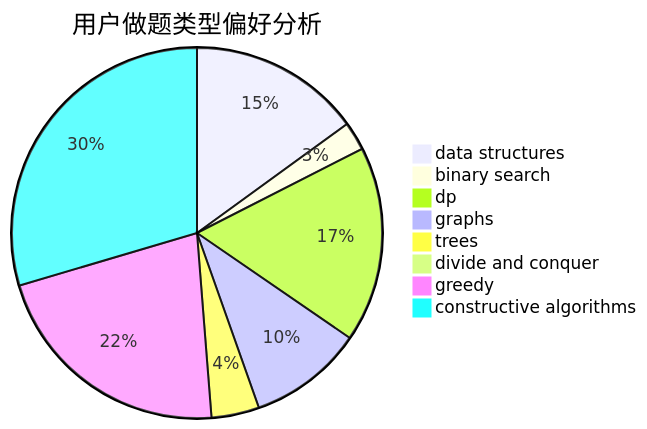
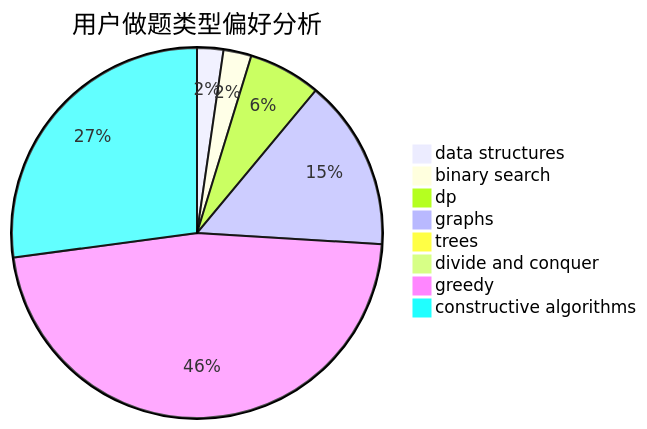
Before and after one commit to sherpahu/cfrs.github.io: the second of 3 diagrams in docs/user/u1356.md, drawn with Mermaid. The commit also changed other lines of this file and 2770 other files, not shown here.

````diff
--- a/docs/user/u1356.md
+++ b/docs/user/u1356.md
@@ -23,11 +23,11 @@
 ```mermaid
 pie title 用户做题类型偏好分析
-    "data structures" :  36
-    "binary search" :  6
-    "dp" :  41
-    "graphs" :  24
-    "trees" :  10
-    "divide and conquer" :  0
-    "greedy" :  52
-    "constructive algorithms" :  71
+    "data structures" :  16
+    "binary search" :  17
+    "dp" :  44
+    "graphs" :  104
+    "trees" :  1
+    "divide and conquer" :  6
+    "greedy" :  327
+    "constructive algorithms" :  189
 ```
````
